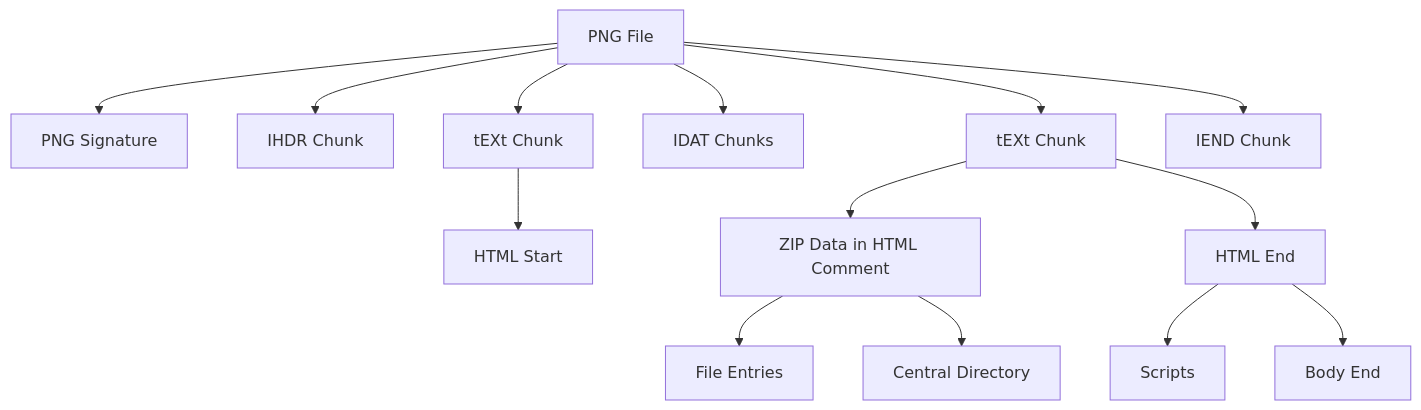
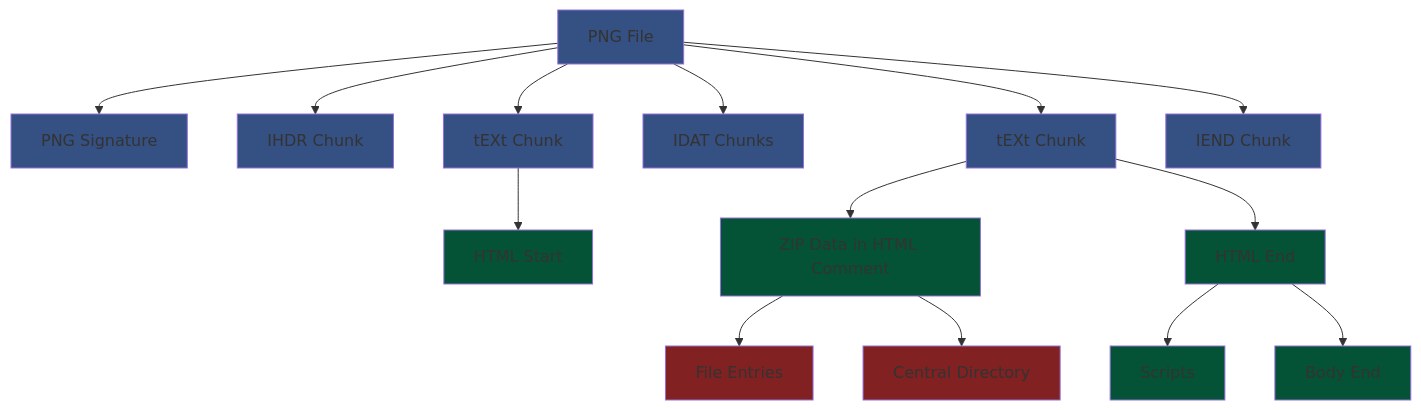
The diagram in SUMMARY.md (gildas-lormeau/Polyglot-HTML-ZIP-PNG), drawn with Mermaid before and after one commit.

Commit message:
enhance diagram styles

````diff
--- a/SUMMARY.md
+++ b/SUMMARY.md
@@ -118,19 +118,36 @@
 ```mermaid
 graph TD
     A[PNG File] --> B[PNG Signature]
     A --> C[IHDR Chunk]
     A --> D[tEXt Chunk]
     A --> E[IDAT Chunks]
     A --> F[tEXt Chunk]
     A --> G[IEND Chunk]
 
     D --> H[HTML Start]
 
     F --> L[ZIP Data in HTML Comment]
     L --> M[File Entries]
     L --> N[Central Directory]
 
     F --> P[HTML End]
     P --> Q[Scripts]
     P --> R[Body End]
+
+    style A fill:#355082
+    style B fill:#355082
+    style C fill:#355082
+    style D fill:#355082
+    style E fill:#355082
+    style F fill:#355082
+    style G fill:#355082
+
+    style H fill:#055336
+    style L fill:#055336
+    style P fill:#055336
+    style Q fill:#055336
+    style R fill:#055336
+
+    style M fill:#822121
+    style N fill:#822121
 ```
````
